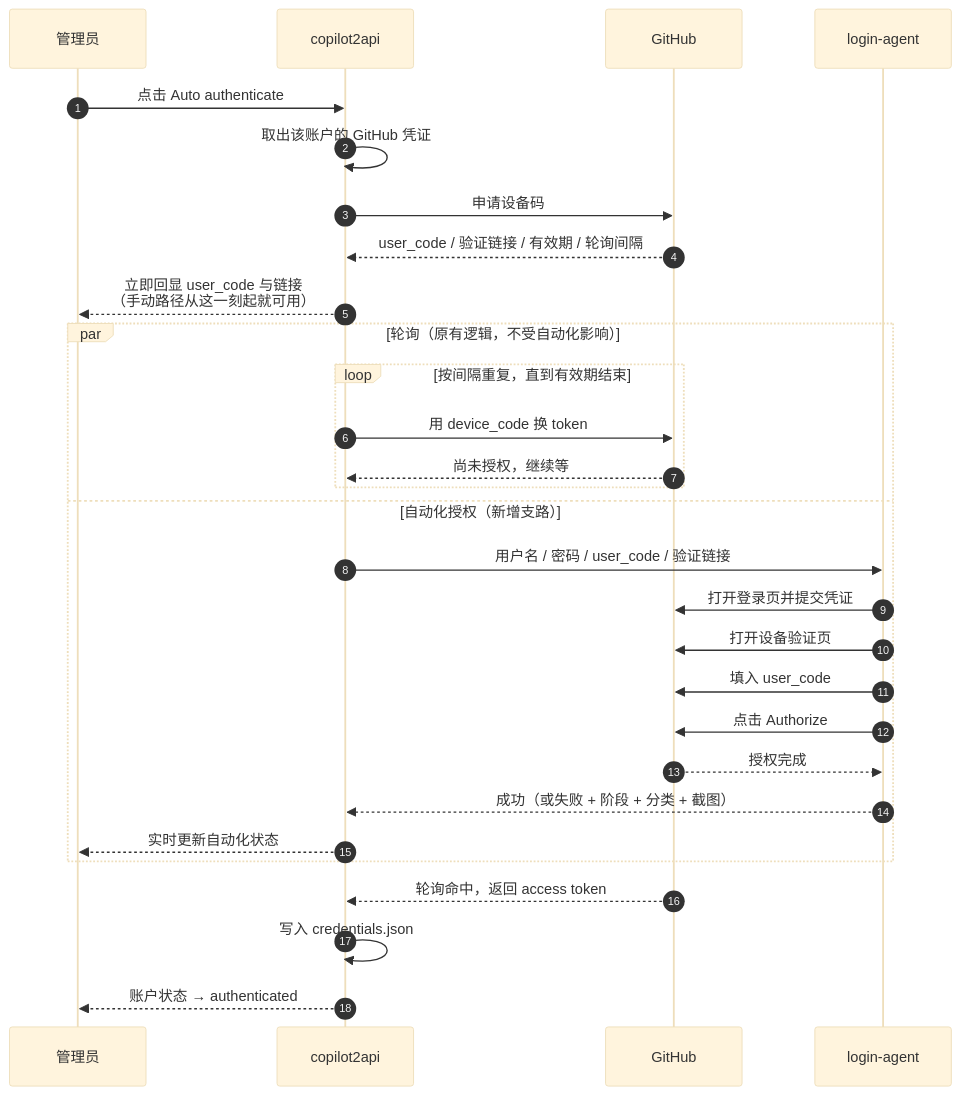
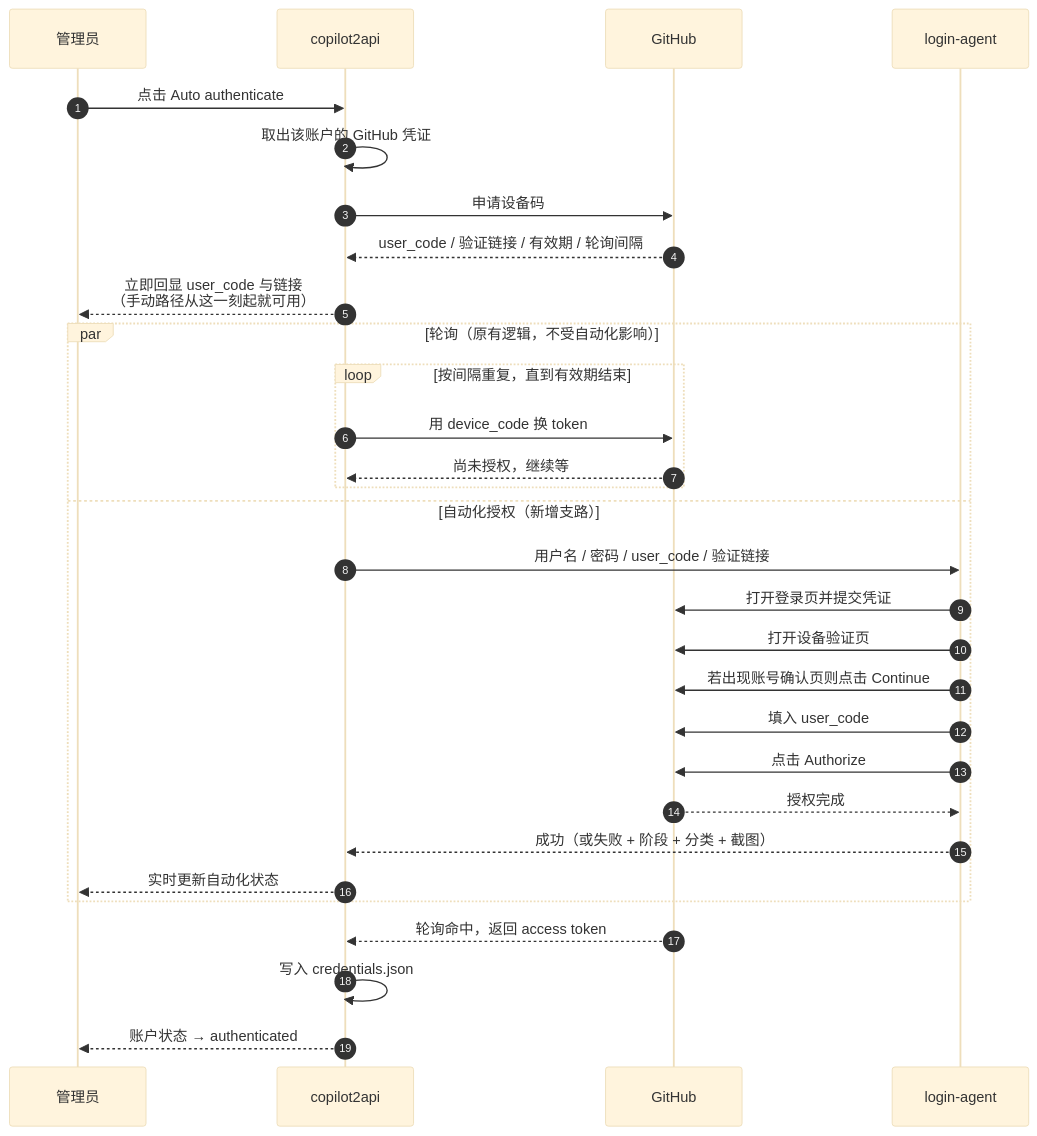
The second of 4 diagrams in docs/auto-login-design.zh-CN.md (nickhou1983/copilot2api-multiusers), drawn with Mermaid (base theme) before and after one commit. The commit also changed other lines of this file and 9 other files, not shown here.

````diff
--- a/docs/auto-login-design.zh-CN.md
+++ b/docs/auto-login-design.zh-CN.md
@@ -123,34 +123,35 @@
 ```mermaid
 sequenceDiagram
     autonumber
     participant A as 管理员
     participant P as copilot2api
     participant G as GitHub
     participant L as login-agent
 
     A->>P: 点击 Auto authenticate
     P->>P: 取出该账户的 GitHub 凭证
     P->>G: 申请设备码
     G-->>P: user_code / 验证链接 / 有效期 / 轮询间隔
     P-->>A: 立即回显 user_code 与链接<br/>（手动路径从这一刻起就可用）
 
     par 轮询（原有逻辑，不受自动化影响）
         loop 按间隔重复，直到有效期结束
             P->>G: 用 device_code 换 token
             G-->>P: 尚未授权，继续等
         end
     and 自动化授权（新增支路）
         P->>L: 用户名 / 密码 / user_code / 验证链接
         L->>G: 打开登录页并提交凭证
         L->>G: 打开设备验证页
+        L->>G: 若出现账号确认页则点击 Continue
         L->>G: 填入 user_code
         L->>G: 点击 Authorize
         G-->>L: 授权完成
         L-->>P: 成功（或失败 + 阶段 + 分类 + 截图）
         P-->>A: 实时更新自动化状态
     end
 
     G-->>P: 轮询命中，返回 access token
     P->>P: 写入 credentials.json
     P-->>A: 账户状态 → authenticated
 ```
````
